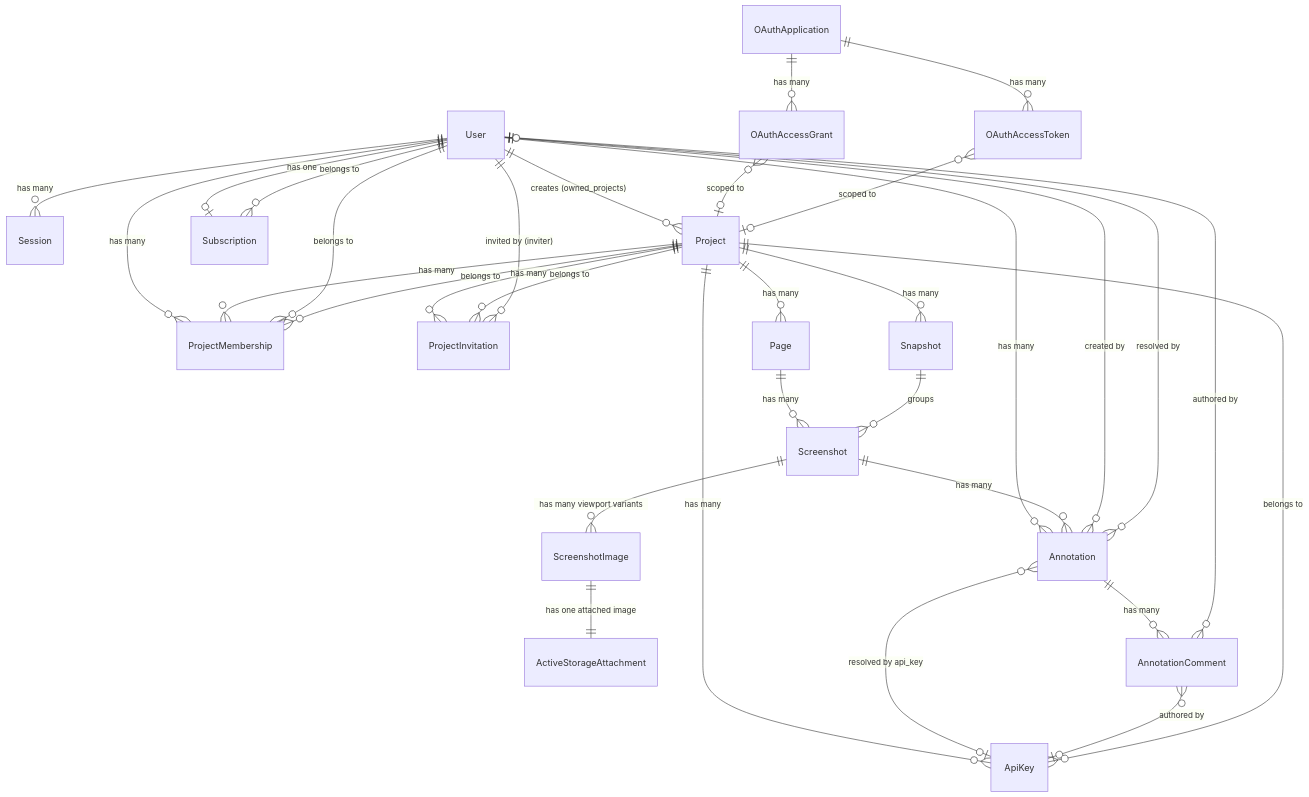
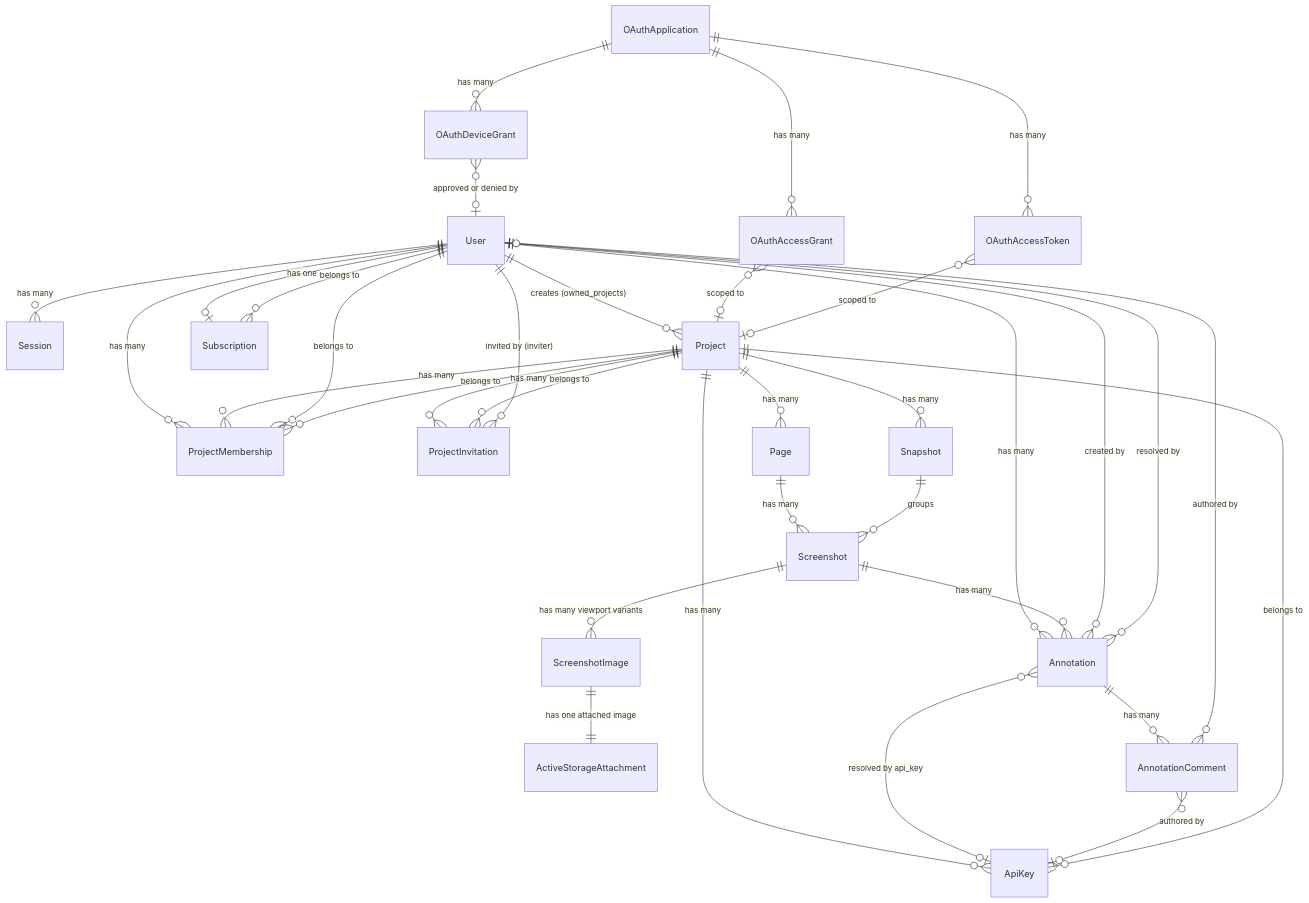
One commit to ivankuznetsov/screenote changed the diagram in wiki/data-model.md. Above: the diagram before and after it, drawn with Mermaid. The commit also changed other lines of this file and 43 other files, not shown here.

Commit message:
feat(oauth): support headless CLI device login

````diff
--- a/wiki/data-model.md
+++ b/wiki/data-model.md
@@ -18,45 +18,47 @@
 ```mermaid
 erDiagram
     User ||--o{ Session : "has many"
     User ||--o{ Project : "creates (owned_projects)"
     User ||--o{ ProjectMembership : "has many"
     User ||--o{ Annotation : "has many"
     User ||--o| Subscription : "has one"
 
     Project ||--o{ ProjectMembership : "has many"
     Project ||--o{ ProjectInvitation : "has many"
     Project ||--o{ Page : "has many"
     Project ||--o{ ApiKey : "has many"
     Project ||--o{ Snapshot : "has many"
 
     Page ||--o{ Screenshot : "has many"
 
     Snapshot ||--o{ Screenshot : "groups"
 
     Screenshot ||--o{ ScreenshotImage : "has many viewport variants"
     Screenshot ||--o{ Annotation : "has many"
     ScreenshotImage ||--|| ActiveStorageAttachment : "has one attached image"
 
     Annotation ||--o{ AnnotationComment : "has many"
     Annotation }o--|| User : "created by"
     Annotation }o--o| User : "resolved by"
     Annotation }o--o| ApiKey : "resolved by api_key"
 
     AnnotationComment }o--o| User : "authored by"
     AnnotationComment }o--o| ApiKey : "authored by"
 
     ProjectMembership }o--|| User : "belongs to"
     ProjectMembership }o--|| Project : "belongs to"
 
     ProjectInvitation }o--|| Project : "belongs to"
     ProjectInvitation }o--|| User : "invited by (inviter)"
 
     ApiKey }o--|| Project : "belongs to"
 
     Subscription }o--|| User : "belongs to"
 
     OAuthApplication ||--o{ OAuthAccessGrant : "has many"
     OAuthApplication ||--o{ OAuthAccessToken : "has many"
+    OAuthApplication ||--o{ OAuthDeviceGrant : "has many"
     OAuthAccessGrant }o--o| Project : "scoped to"
     OAuthAccessToken }o--o| Project : "scoped to"
+    OAuthDeviceGrant }o--o| User : "approved or denied by"
 ```
````
